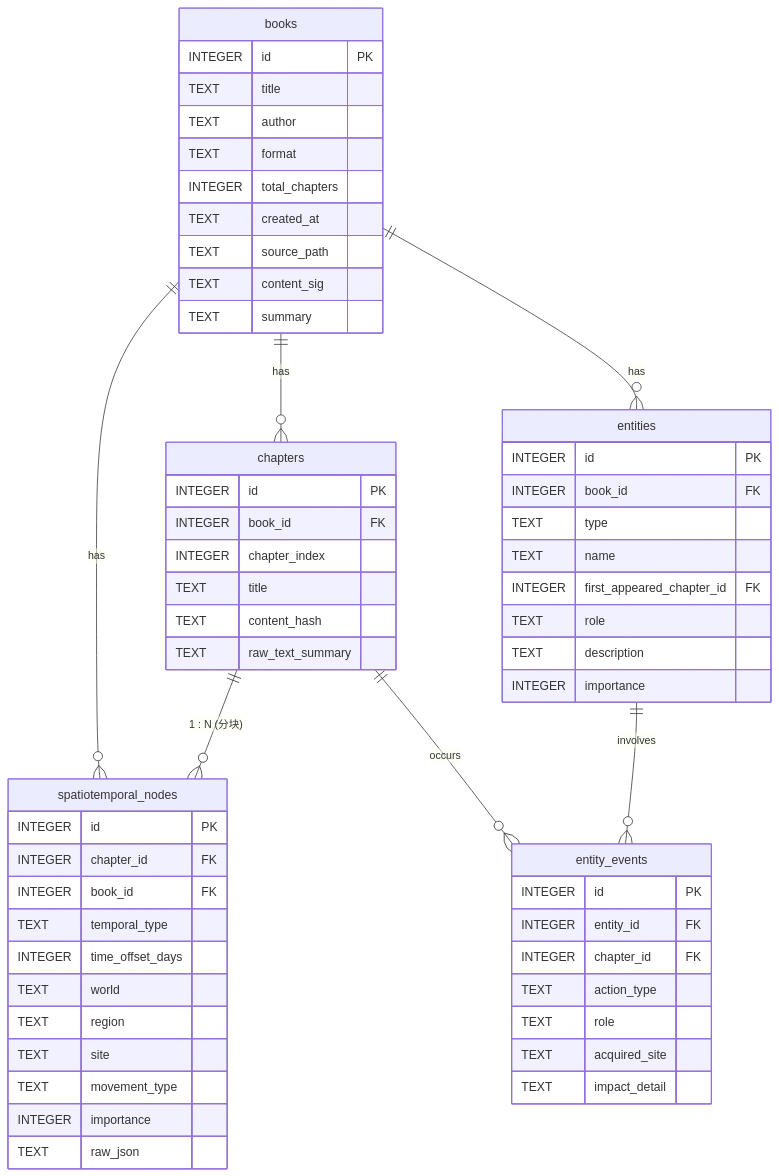
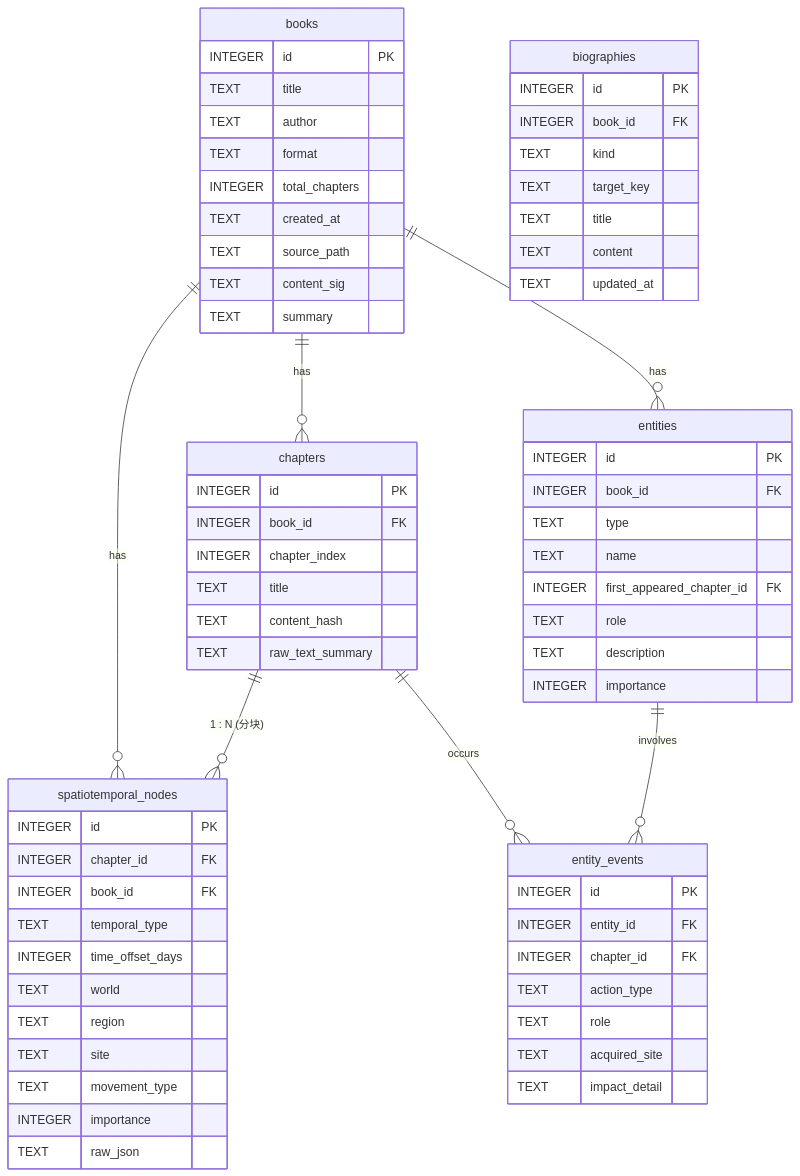
The fourth of 6 diagrams in design.md (yetian/novel_vis), drawn with Mermaid before and after one commit. The commit also changed other lines of this file and 20 other files, not shown here.

````diff
--- a/design.md
+++ b/design.md
@@ -134,61 +134,70 @@
 ```mermaid
 erDiagram
   books ||--o{ chapters : has
   books ||--o{ spatiotemporal_nodes : has
   books ||--o{ entities : has
   chapters ||--o{ spatiotemporal_nodes : "1 : N (分块)"
   chapters ||--o{ entity_events : occurs
   entities ||--o{ entity_events : involves
 
   books {
     INTEGER id PK
     TEXT title
     TEXT author
     TEXT format
     INTEGER total_chapters
     TEXT created_at
     TEXT source_path
     TEXT content_sig
     TEXT summary
   }
   chapters {
     INTEGER id PK
     INTEGER book_id FK
     INTEGER chapter_index
     TEXT title
     TEXT content_hash
     TEXT raw_text_summary
   }
   spatiotemporal_nodes {
     INTEGER id PK
     INTEGER chapter_id FK
     INTEGER book_id FK
     TEXT temporal_type
     INTEGER time_offset_days
     TEXT world
     TEXT region
     TEXT site
     TEXT movement_type
     INTEGER importance
     TEXT raw_json
   }
   entities {
     INTEGER id PK
     INTEGER book_id FK
     TEXT type
     TEXT name
     INTEGER first_appeared_chapter_id FK
     TEXT role
     TEXT description
     INTEGER importance
   }
   entity_events {
     INTEGER id PK
     INTEGER entity_id FK
     INTEGER chapter_id FK
     TEXT action_type
     TEXT role
     TEXT acquired_site
     TEXT impact_detail
   }
+  biographies {
+    INTEGER id PK
+    INTEGER book_id FK
+    TEXT kind
+    TEXT target_key
+    TEXT title
+    TEXT content
+    TEXT updated_at
+  }
 ```
````
